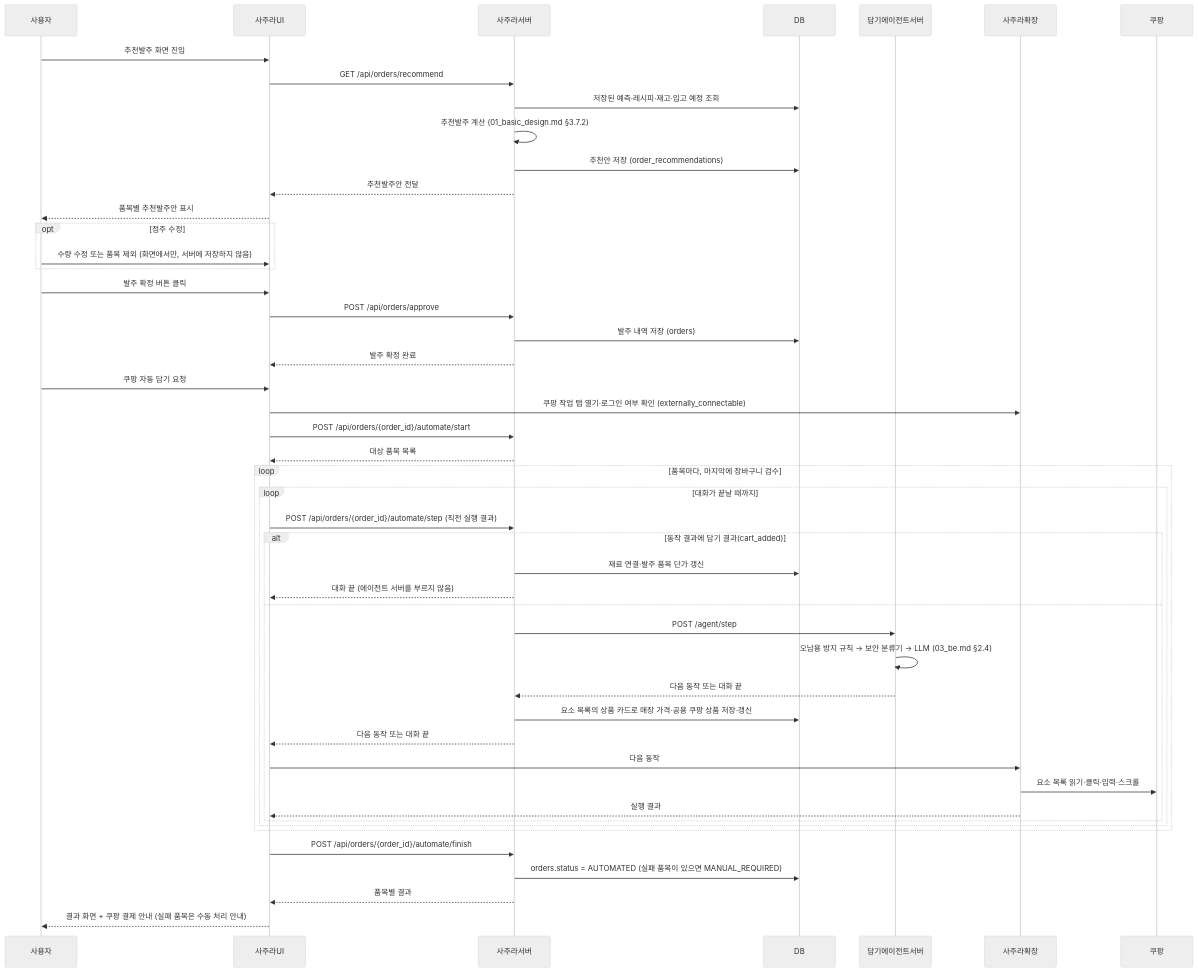
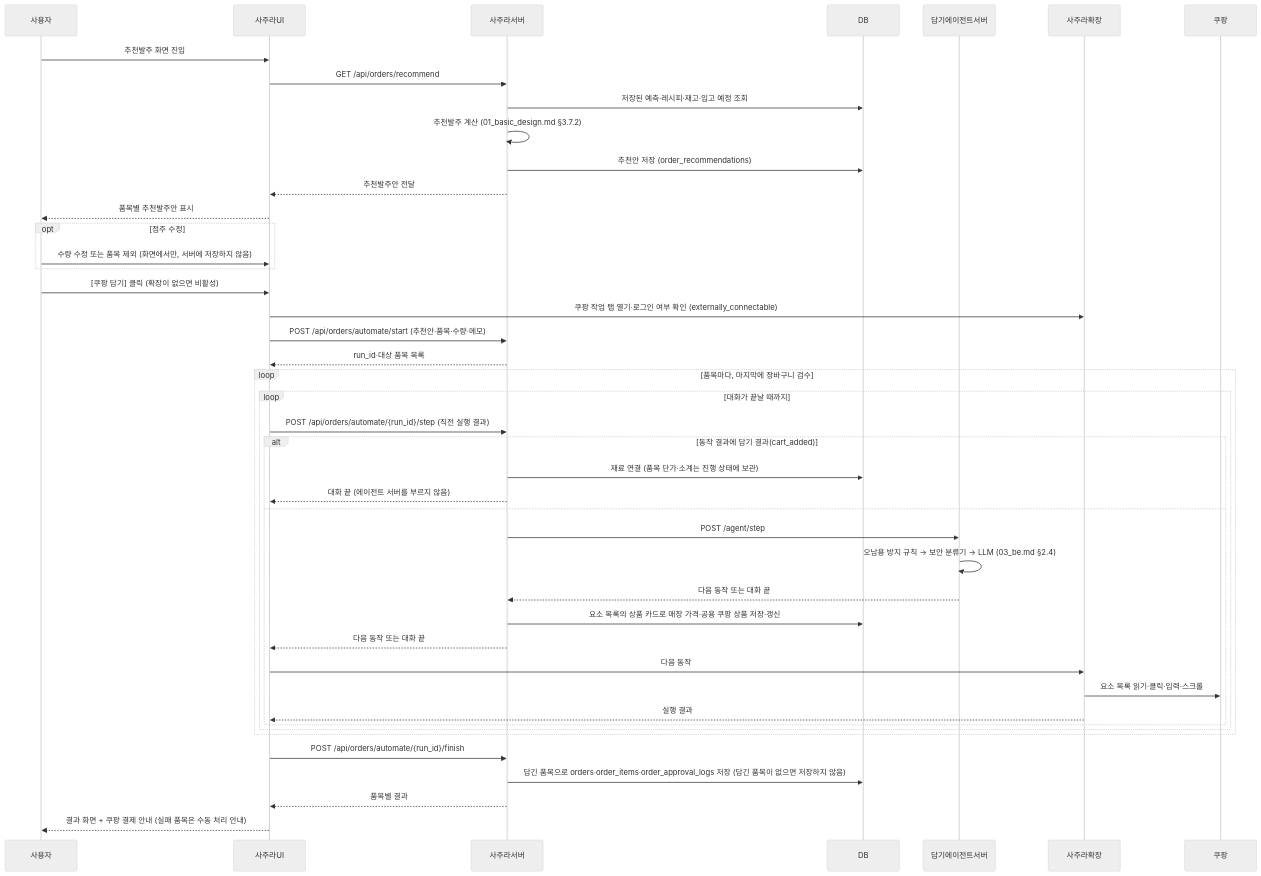
The third of 8 diagrams in docs/spec/02_implementation_design.md (h-taek/CapstoneDesign-Sajura), drawn with Mermaid (neutral theme) before and after one commit. The commit also changed other lines of this file and 4 other files, not shown here.

Commit message:
docs: 발주 확정을 [쿠팡 담기]로 — 담기를 마칠 때 담긴 품목으로만 발주 저장, approve·orders.status 삭제, 확장 없으면 버튼 비활성

````diff
--- a/docs/spec/02_implementation_design.md
+++ b/docs/spec/02_implementation_design.md
@@ -293,56 +293,51 @@
 ```mermaid
 sequenceDiagram
     participant 사용자
     participant 사주라UI
     participant 사주라서버
     participant DB
     participant 에이전트 as 담기에이전트서버
     participant 확장 as 사주라확장
     participant 쿠팡
 
     사용자->>사주라UI: 추천발주 화면 진입
     사주라UI->>사주라서버: GET /api/orders/recommend
     사주라서버->>DB: 저장된 예측·레시피·재고·입고 예정 조회
     사주라서버->>사주라서버: 추천발주 계산 (01_basic_design.md §3.7.2)
     사주라서버->>DB: 추천안 저장 (order_recommendations)
     사주라서버-->>사주라UI: 추천발주안 전달
     사주라UI-->>사용자: 품목별 추천발주안 표시
 
     opt 점주 수정
         사용자->>사주라UI: 수량 수정 또는 품목 제외 (화면에서만, 서버에 저장하지 않음)
     end
 
-    사용자->>사주라UI: 발주 확정 버튼 클릭
-    사주라UI->>사주라서버: POST /api/orders/approve
-    사주라서버->>DB: 발주 내역 저장 (orders)
-    사주라서버-->>사주라UI: 발주 확정 완료
-
-    사용자->>사주라UI: 쿠팡 자동 담기 요청
+    사용자->>사주라UI: [쿠팡 담기] 클릭 (확장이 없으면 비활성)
     사주라UI->>확장: 쿠팡 작업 탭 열기·로그인 여부 확인 (externally_connectable)
-    사주라UI->>사주라서버: POST /api/orders/{order_id}/automate/start
-    사주라서버-->>사주라UI: 대상 품목 목록
+    사주라UI->>사주라서버: POST /api/orders/automate/start (추천안·품목·수량·메모)
+    사주라서버-->>사주라UI: run_id·대상 품목 목록
 
     loop 품목마다, 마지막에 장바구니 검수
         loop 대화가 끝날 때까지
-            사주라UI->>사주라서버: POST /api/orders/{order_id}/automate/step (직전 실행 결과)
+            사주라UI->>사주라서버: POST /api/orders/automate/{run_id}/step (직전 실행 결과)
             alt 동작 결과에 담기 결과(cart_added)
-                사주라서버->>DB: 재료 연결·발주 품목 단가 갱신
+                사주라서버->>DB: 재료 연결 (품목 단가·소계는 진행 상태에 보관)
                 사주라서버-->>사주라UI: 대화 끝 (에이전트 서버를 부르지 않음)
             else
                 사주라서버->>에이전트: POST /agent/step
                 에이전트->>에이전트: 오남용 방지 규칙 → 보안 분류기 → LLM (03_be.md §2.4)
                 에이전트-->>사주라서버: 다음 동작 또는 대화 끝
                 사주라서버->>DB: 요소 목록의 상품 카드로 매장 가격·공용 쿠팡 상품 저장·갱신
                 사주라서버-->>사주라UI: 다음 동작 또는 대화 끝
                 사주라UI->>확장: 다음 동작
                 확장->>쿠팡: 요소 목록 읽기·클릭·입력·스크롤
                 확장-->>사주라UI: 실행 결과
             end
         end
     end
 
-    사주라UI->>사주라서버: POST /api/orders/{order_id}/automate/finish
-    사주라서버->>DB: orders.status = AUTOMATED (실패 품목이 있으면 MANUAL_REQUIRED)
+    사주라UI->>사주라서버: POST /api/orders/automate/{run_id}/finish
+    사주라서버->>DB: 담긴 품목으로 orders·order_items·order_approval_logs 저장 (담긴 품목이 없으면 저장하지 않음)
     사주라서버-->>사주라UI: 품목별 결과
     사주라UI-->>사용자: 결과 화면 + 쿠팡 결제 안내 (실패 품목은 수동 처리 안내)
 ```
````
